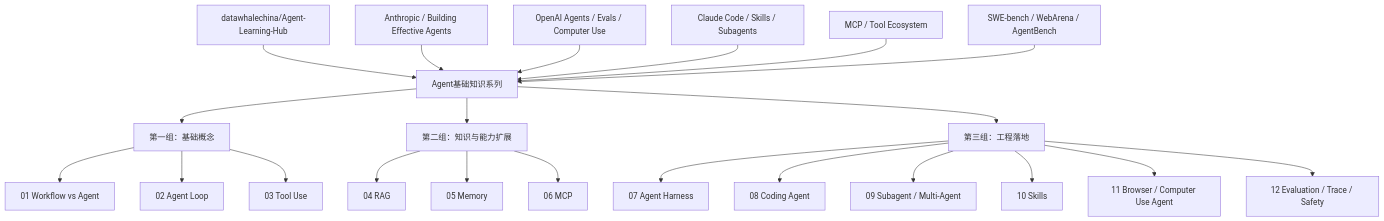
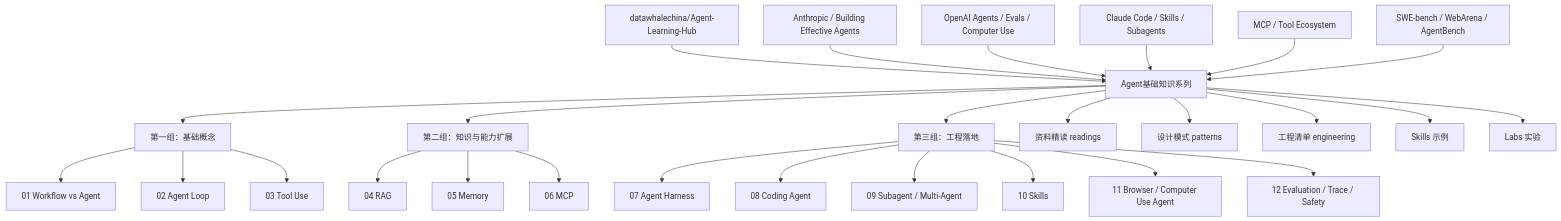
Before and after one commit to pittosporum-seu/Learning_Agent: the first of 3 diagrams in docs/document-graph.md, drawn with Mermaid. The commit also changed other lines of this file and 11 other files, not shown here.

````diff
--- a/docs/document-graph.md
+++ b/docs/document-graph.md
@@ -9,29 +9,34 @@
 ```mermaid
 flowchart TD
     A["datawhalechina/Agent-Learning-Hub"] --> B["Agent基础知识系列"]
 
     C["Anthropic / Building Effective Agents"] --> B
     D["OpenAI Agents / Evals / Computer Use"] --> B
     E["Claude Code / Skills / Subagents"] --> B
     F["MCP / Tool Ecosystem"] --> B
     G["SWE-bench / WebArena / AgentBench"] --> B
 
     B --> S1["第一组：基础概念"]
     B --> S2["第二组：知识与能力扩展"]
     B --> S3["第三组：工程落地"]
+    B --> X1["资料精读 readings"]
+    B --> X2["设计模式 patterns"]
+    B --> X3["工程清单 engineering"]
+    B --> X4["Skills 示例"]
+    B --> X5["Labs 实验"]
 
     S1 --> D01["01 Workflow vs Agent"]
     S1 --> D02["02 Agent Loop"]
     S1 --> D03["03 Tool Use"]
 
     S2 --> D04["04 RAG"]
     S2 --> D05["05 Memory"]
     S2 --> D06["06 MCP"]
 
     S3 --> D07["07 Agent Harness"]
     S3 --> D08["08 Coding Agent"]
     S3 --> D09["09 Subagent / Multi-Agent"]
     S3 --> D10["10 Skills"]
     S3 --> D11["11 Browser / Computer Use Agent"]
     S3 --> D12["12 Evaluation / Trace / Safety"]
 ```
````
